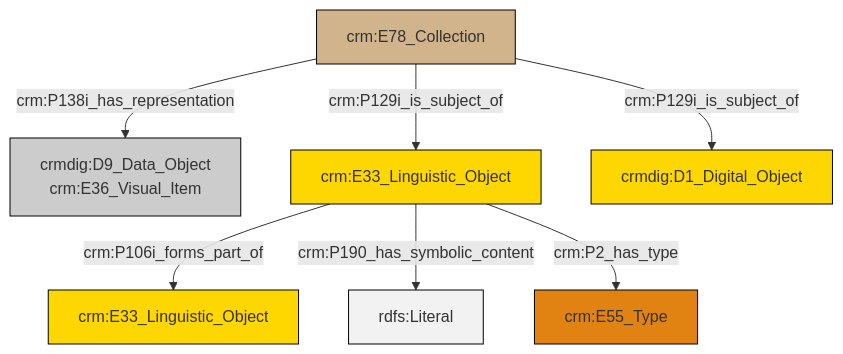
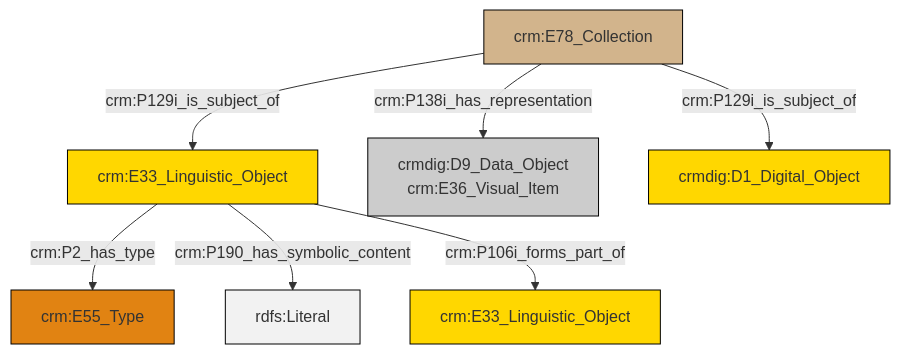
One commit to swiss-art-research-net/docs.swissartresearch changed the diagram in et/archivalCSV/ttl/mmd/archival_docs.ttl.mmd. Above: the diagram before and after it, drawn with Mermaid. The commit also changed 177 other files, not shown here.

```diff
--- a/et/archivalCSV/ttl/mmd/archival_docs.ttl.mmd
+++ b/et/archivalCSV/ttl/mmd/archival_docs.ttl.mmd
@@ -1,21 +1,21 @@
 graph TD
 classDef Literal fill:#f2f2f2,stroke:#000000;
 classDef CRM_Entity fill:#FFFFFF,stroke:#000000;
 classDef Temporal_Entity fill:#00C9E6, stroke:#000000;
 classDef Type fill:#E18312, stroke:#000000;
 classDef Time-Span fill:#2C9C91, stroke:#000000;
 classDef Appellation fill:#FFEB7F, stroke:#000000;
 classDef Place fill:#008836, stroke:#000000;
 classDef Persistent_Item fill:#B266B2, stroke:#000000;
 classDef Conceptual_Object fill:#FFD700, stroke:#000000;
 classDef Physical_Thing fill:#D2B48C, stroke:#000000;
 classDef Actor fill:#f58aad, stroke:#000000;
 classDef PC_Classes fill:#4ce600, stroke:#000000;
 classDef Multi fill:#cccccc,stroke:#000000;
 
-2["crm:E33_Linguistic_Object"]:::Conceptual_Object -->|crm:P106i_forms_part_of| 3["crm:E33_Linguistic_Object"]:::Conceptual_Object
-2["crm:E33_Linguistic_Object"]:::Conceptual_Object -->|crm:P190_has_symbolic_content| 4[rdfs:Literal]:::Literal
-5["crm:E78_Collection"]:::Physical_Thing -->|crm:P129i_is_subject_of| 6["crmdig:D1_Digital_Object"]:::Conceptual_Object
-2["crm:E33_Linguistic_Object"]:::Conceptual_Object -->|crm:P2_has_type| 7["crm:E55_Type"]:::Type
-5["crm:E78_Collection"]:::Physical_Thing -->|crm:P138i_has_representation| 0["crmdig:D9_Data_Object<br>crm:E36_Visual_Item"]:::Multi
-5["crm:E78_Collection"]:::Physical_Thing -->|crm:P129i_is_subject_of| 2["crm:E33_Linguistic_Object"]:::Conceptual_Object
+2["crm:E78_Collection"]:::Physical_Thing -->|crm:P129i_is_subject_of| 3["crm:E33_Linguistic_Object"]:::Conceptual_Object
+3["crm:E33_Linguistic_Object"]:::Conceptual_Object -->|crm:P2_has_type| 6["crm:E55_Type"]:::Type
+2["crm:E78_Collection"]:::Physical_Thing -->|crm:P138i_has_representation| 4["crmdig:D9_Data_Object<br>crm:E36_Visual_Item"]:::Multi
+2["crm:E78_Collection"]:::Physical_Thing -->|crm:P129i_is_subject_of| 7["crmdig:D1_Digital_Object"]:::Conceptual_Object
+3["crm:E33_Linguistic_Object"]:::Conceptual_Object -->|crm:P190_has_symbolic_content| 11[rdfs:Literal]:::Literal
+3["crm:E33_Linguistic_Object"]:::Conceptual_Object -->|crm:P106i_forms_part_of| 0["crm:E33_Linguistic_Object"]:::Conceptual_Object
```
